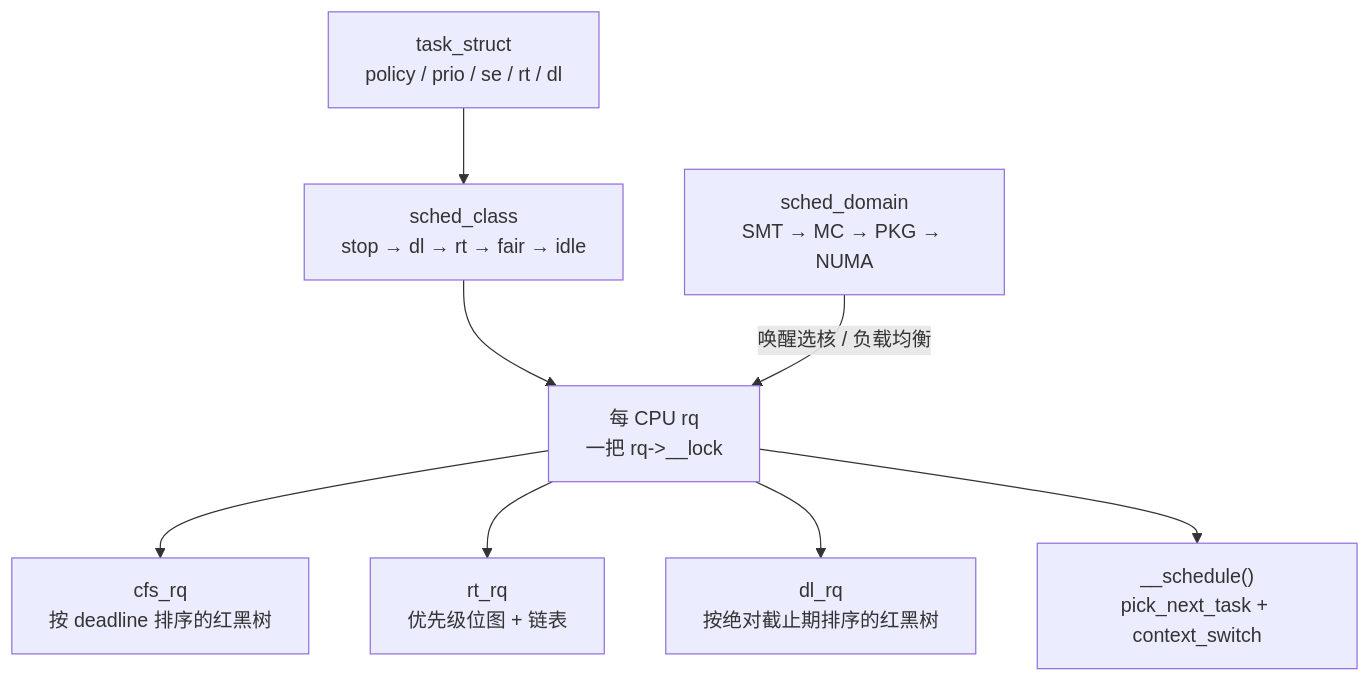
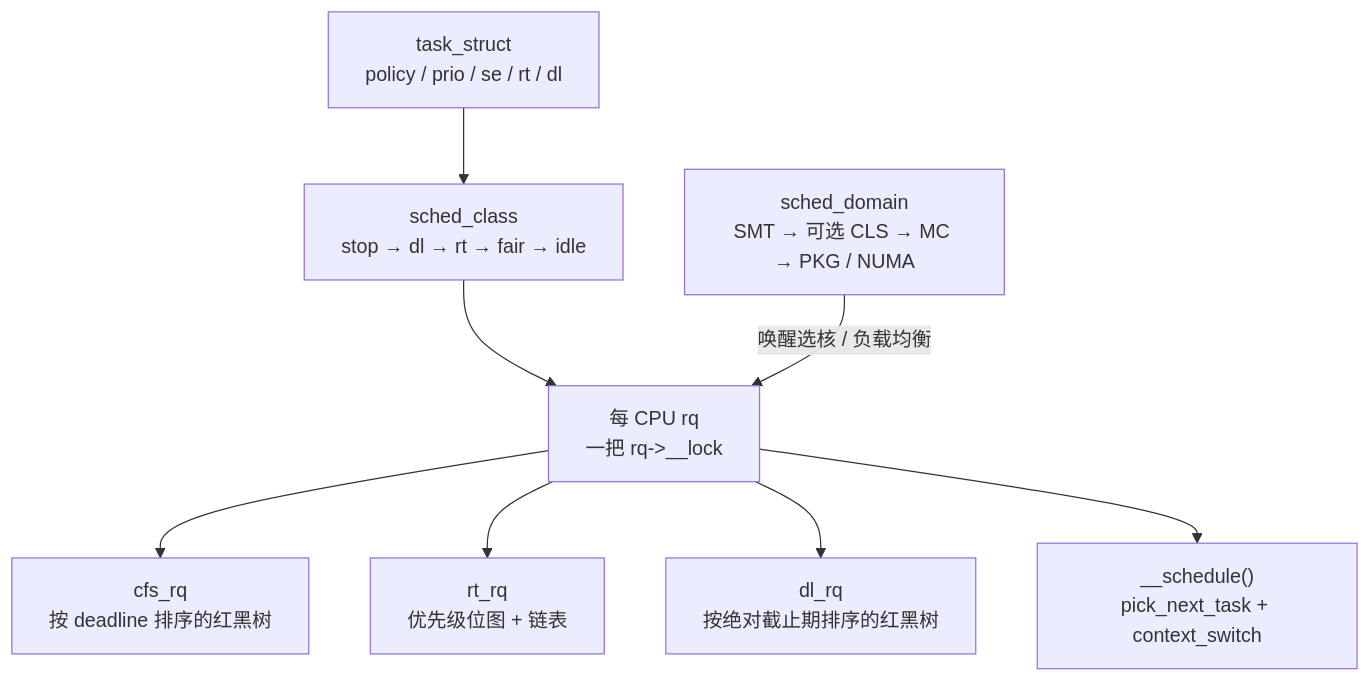
Before and after one commit to linuxperf/linux-study: the first of 2 diagrams in interview/sched/sched.md, drawn with Mermaid. The commit also changed other lines of this file and 2 other files, not shown here.

````diff
--- a/interview/sched/sched.md
+++ b/interview/sched/sched.md
@@ -20,19 +310,19 @@
 ```mermaid
 flowchart TD
     T["task_struct<br/>policy / prio / se / rt / dl"]
     C["sched_class<br/>stop → dl → rt → fair → idle"]
     RQ["每 CPU rq<br/>一把 rq->__lock"]
     CFS["cfs_rq<br/>按 deadline 排序的红黑树"]
     RT["rt_rq<br/>优先级位图 + 链表"]
     DL["dl_rq<br/>按绝对截止期排序的红黑树"]
-    SD["sched_domain<br/>SMT → MC → PKG → NUMA"]
+    SD["sched_domain<br/>SMT → 可选 CLS → MC → PKG / NUMA"]
     SCH["__schedule()<br/>pick_next_task + context_switch"]
 
     T --> C
     C --> RQ
     RQ --> CFS
     RQ --> RT
     RQ --> DL
     SD -->|唤醒选核 / 负载均衡| RQ
     RQ --> SCH
 ```
````
